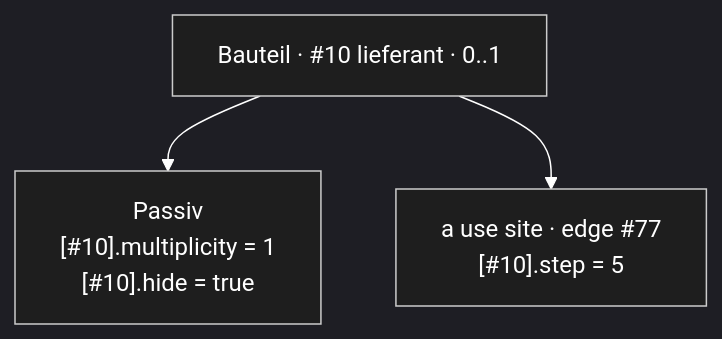
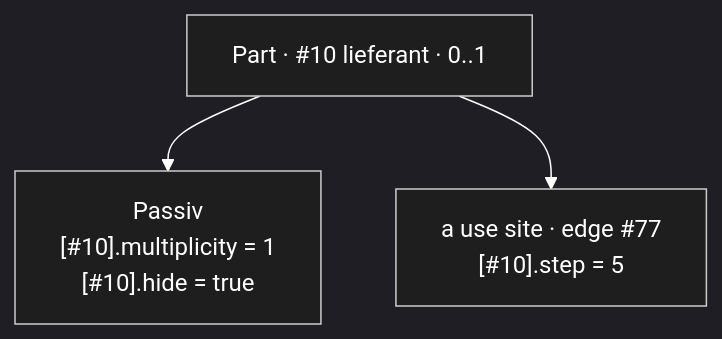
Diagram 28 of 50 in docs/NewConcept/10-domain-core.md (sfambach/wp-taxonomy-modeler), drawn with Mermaid before and after one commit. The commit also changed other lines of this file and 7 other files, not shown here.

````diff
--- a/docs/NewConcept/10-domain-core.md
+++ b/docs/NewConcept/10-domain-core.md
@@ -2085,16 +2085,16 @@
 ```mermaid
 ---
 config:
   theme: dark
   themeVariables:
     mainBkg: "#1e1e1e"
     background: "#1e1e1e"
     primaryColor: "#1e1e1e"
     classText: "#ffffff"
     textColor: "#ffffff"
     lineColor: "#ffffff"
 ---
 flowchart TD
-    B["Bauteil · #10 lieferant · 0..1"] --> P["Passiv<br/>[#10].multiplicity = 1<br/>[#10].hide = true"]
+    B["Part · #10 lieferant · 0..1"] --> P["Passiv<br/>[#10].multiplicity = 1<br/>[#10].hide = true"]
     B --> U["a use site · edge #77<br/>[#10].step = 5"]
 ```
````
